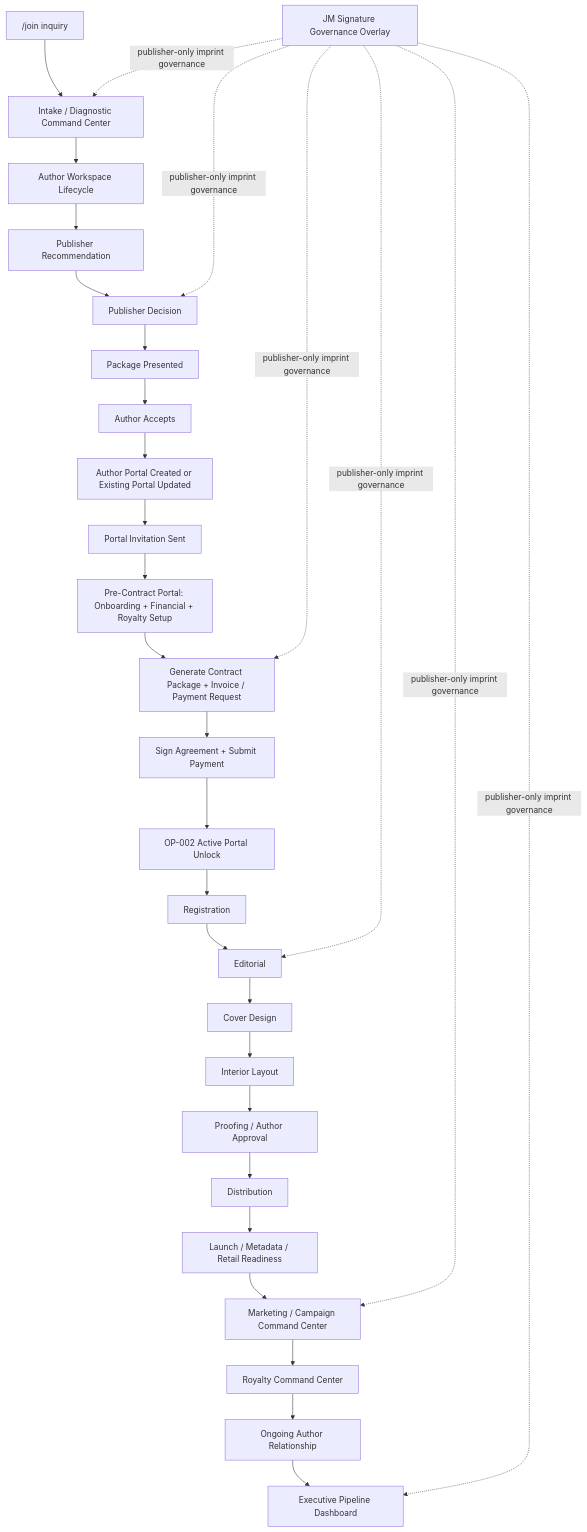
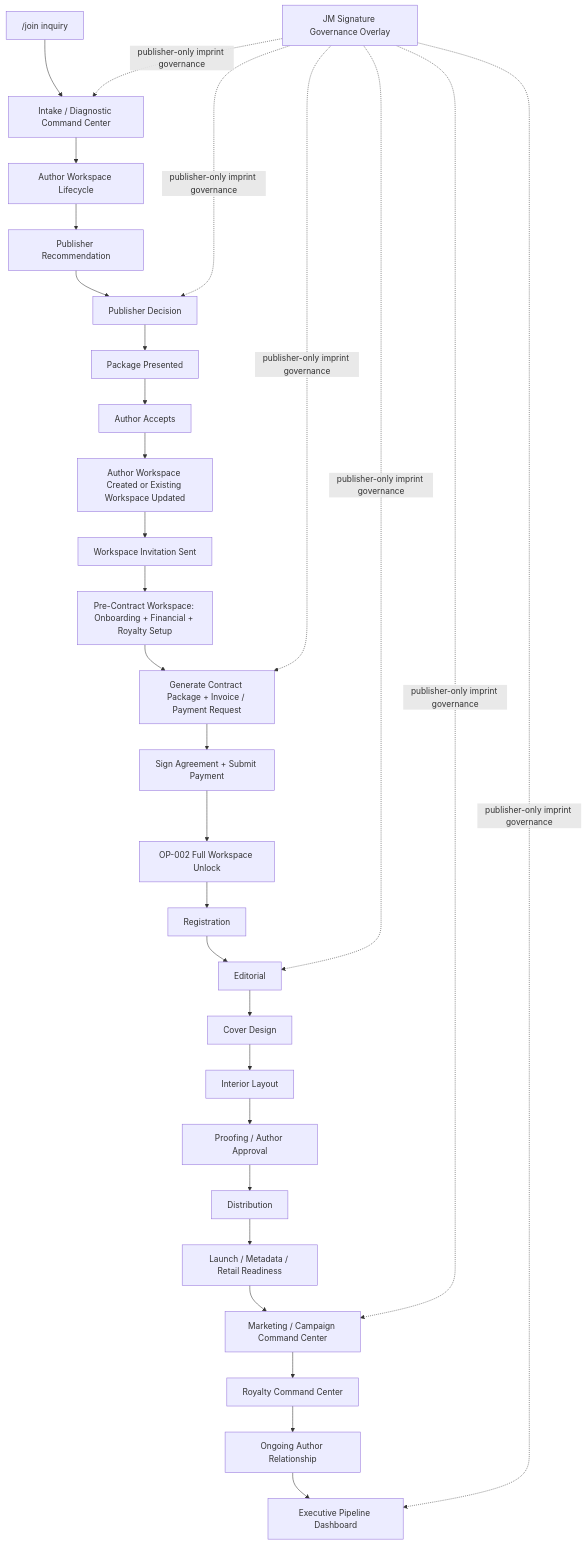
The diagram in docs/implementation/PROGRAM-002-Autonomous-Publishing-Production-Pipeline.md (jmerrillorg/jmerrill-pub), drawn with Mermaid before and after one commit. The commit also changed other lines of this file and 6 other files, not shown here.

Commit message:
Apply pre-contract author workspace correction

````diff
--- a/docs/implementation/PROGRAM-002-Autonomous-Publishing-Production-Pipeline.md
+++ b/docs/implementation/PROGRAM-002-Autonomous-Publishing-Production-Pipeline.md
@@ -90,32 +90,32 @@
 ```mermaid
 flowchart TD
     A["/join inquiry"] --> B["Intake / Diagnostic Command Center"]
     B --> C["Author Workspace Lifecycle"]
     C --> D["Publisher Recommendation"]
     D --> E["Publisher Decision"]
     E --> F["Package Presented"]
     F --> G["Author Accepts"]
-    G --> H["Author Portal Created or Existing Portal Updated"]
-    H --> I["Portal Invitation Sent"]
-    I --> J["Pre-Contract Portal: Onboarding + Financial + Royalty Setup"]
+    G --> H["Author Workspace Created or Existing Workspace Updated"]
+    H --> I["Workspace Invitation Sent"]
+    I --> J["Pre-Contract Workspace: Onboarding + Financial + Royalty Setup"]
     J --> K["Generate Contract Package + Invoice / Payment Request"]
     K --> L["Sign Agreement + Submit Payment"]
-    L --> M["OP-002 Active Portal Unlock"]
+    L --> M["OP-002 Full Workspace Unlock"]
     M --> N["Registration"]
     N --> O["Editorial"]
     O --> P["Cover Design"]
     P --> Q["Interior Layout"]
     Q --> S["Proofing / Author Approval"]
     S --> T["Distribution"]
     T --> U["Launch / Metadata / Retail Readiness"]
     U --> V["Marketing / Campaign Command Center"]
     V --> W["Royalty Command Center"]
     W --> X["Ongoing Author Relationship"]
     X --> Y["Executive Pipeline Dashboard"]
     R["JM Signature Governance Overlay"] -. "publisher-only imprint governance" .-> B
     R -. "publisher-only imprint governance" .-> E
     R -. "publisher-only imprint governance" .-> K
     R -. "publisher-only imprint governance" .-> O
     R -. "publisher-only imprint governance" .-> V
     R -. "publisher-only imprint governance" .-> Y
 ```
````
